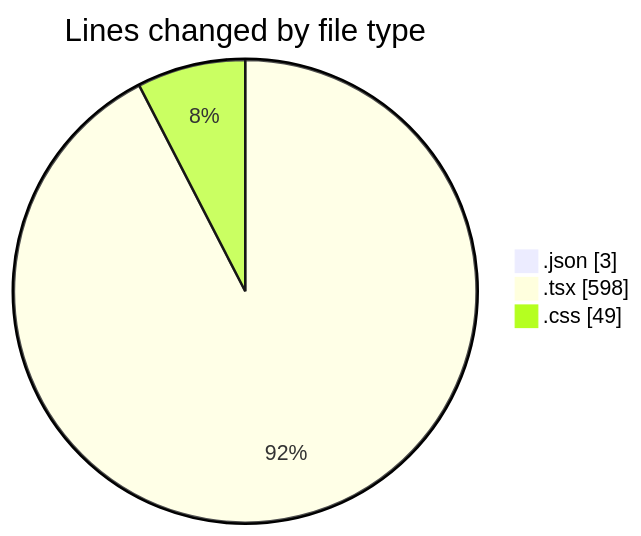
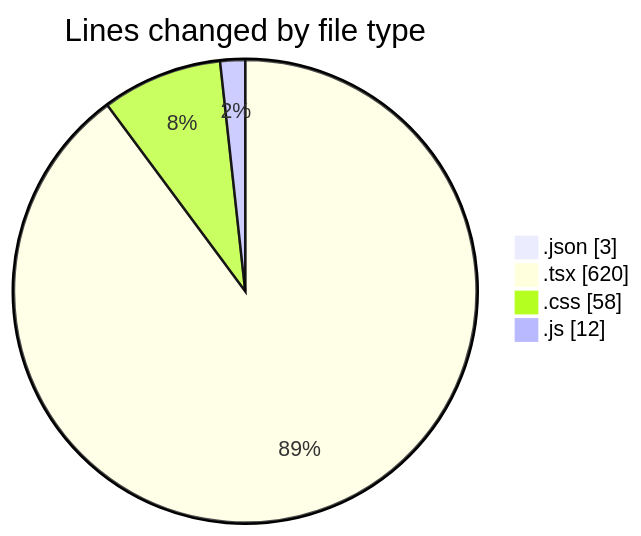
One commit to Elitesun/code-tracking changed the first of 2 diagrams in 2025-04-23/invest/README.md. Above: the diagram before and after it, drawn with Mermaid. The commit also changed other lines of this file and 1 other file, not shown here.

````diff
--- a/2025-04-23/invest/README.md
+++ b/2025-04-23/invest/README.md
@@ -30,7 +31,8 @@
 ```mermaid
 pie showData
 title Lines changed by file type
 ".json" : 3
-".tsx" : 598
-".css" : 49
+".tsx" : 620
+".css" : 58
+".js" : 12
 ```
````
